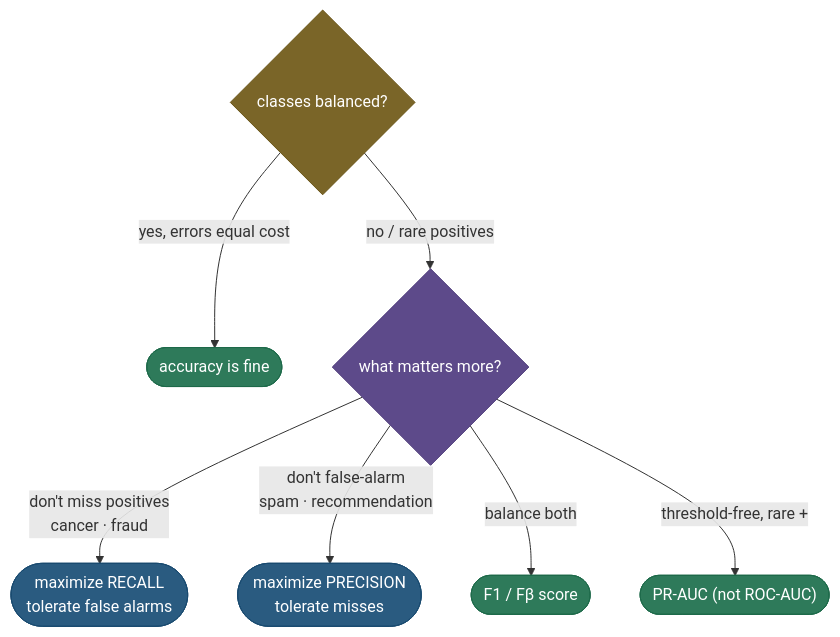
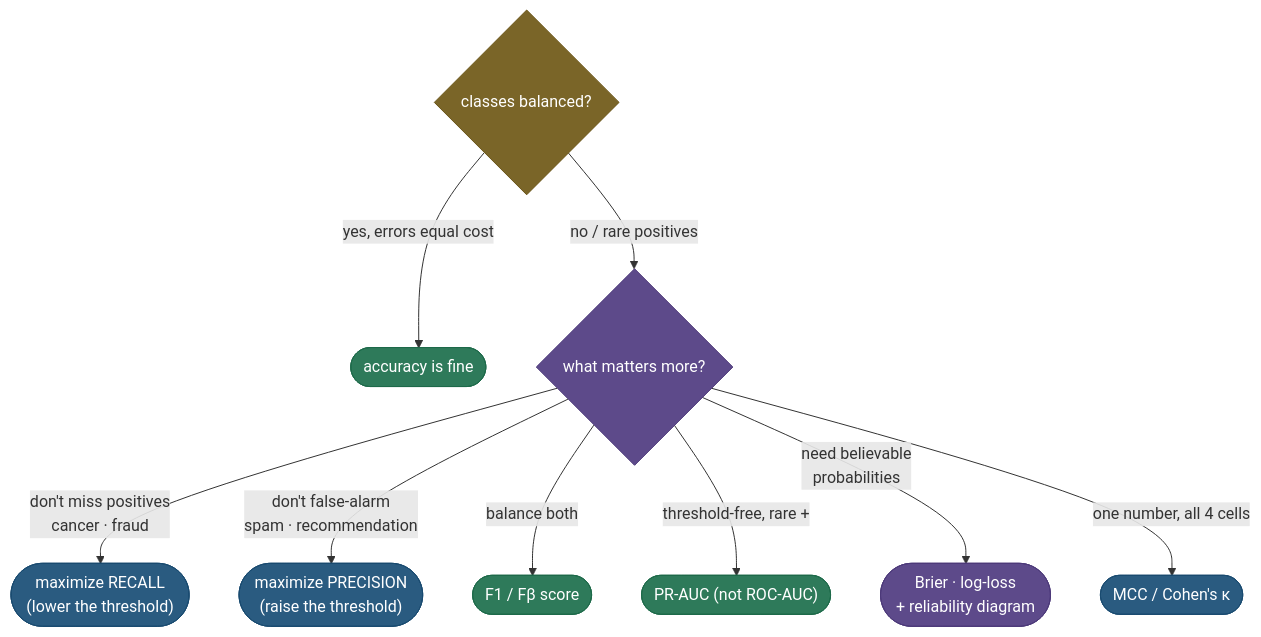
The diagram in 03. Supervised_Learning/concepts/14-Classification-Metrics.md (sudhir13s/AI-ML-learning-resources), drawn with Mermaid before and after one commit. The commit also changed other lines of this file and 4 other files, not shown here.

````diff
--- a/03. Supervised_Learning/concepts/14-Classification-Metrics.md
+++ b/03. Supervised_Learning/concepts/14-Classification-Metrics.md
@@ -98,15 +252,17 @@
 ```mermaid
 graph TD
     Q{"classes balanced?"}:::amber
     Q -->|"yes, errors equal cost"| ACC(["accuracy is fine"]):::out
     Q -->|"no / rare positives"| IMB{"what matters more?"}:::process
-    IMB -->|"don't miss positives<br/>cancer · fraud"| REC(["maximize RECALL<br/>tolerate false alarms"]):::navy
-    IMB -->|"don't false-alarm<br/>spam · recommendation"| PREC(["maximize PRECISION<br/>tolerate misses"]):::navy
+    IMB -->|"don't miss positives<br/>cancer · fraud"| REC(["maximize RECALL<br/>(lower the threshold)"]):::navy
+    IMB -->|"don't false-alarm<br/>spam · recommendation"| PREC(["maximize PRECISION<br/>(raise the threshold)"]):::navy
     IMB -->|"balance both"| F1(["F1 / Fβ score"]):::out
     IMB -->|"threshold-free, rare +"| PR(["PR-AUC (not ROC-AUC)"]):::out
+    IMB -->|"need believable<br/>probabilities"| CAL(["Brier · log-loss<br/>+ reliability diagram"]):::process
+    IMB -->|"one number, all 4 cells"| MCC(["MCC / Cohen's κ"]):::navy
 
     classDef amber fill:#7A6528,stroke:#6A5518,color:#fff
     classDef process fill:#5D4A8A,stroke:#4D3A7A,color:#fff
     classDef navy fill:#2A5B80,stroke:#1A4B70,color:#fff
     classDef out fill:#2E7A5A,stroke:#1E6A4A,color:#fff
 ```
````
